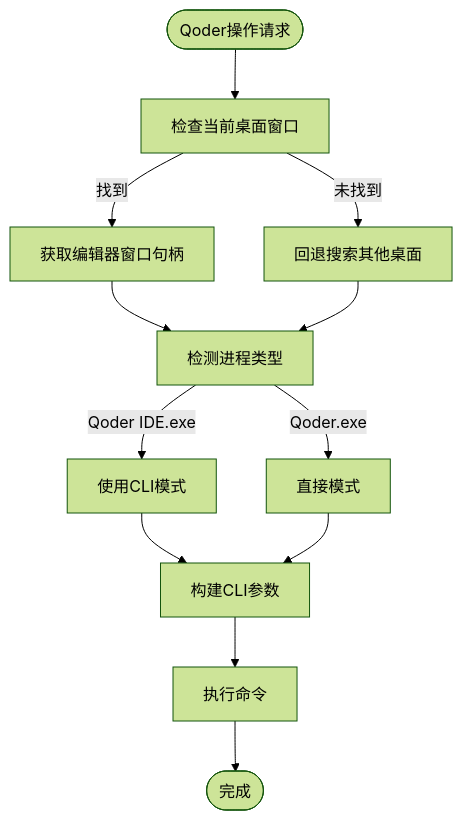
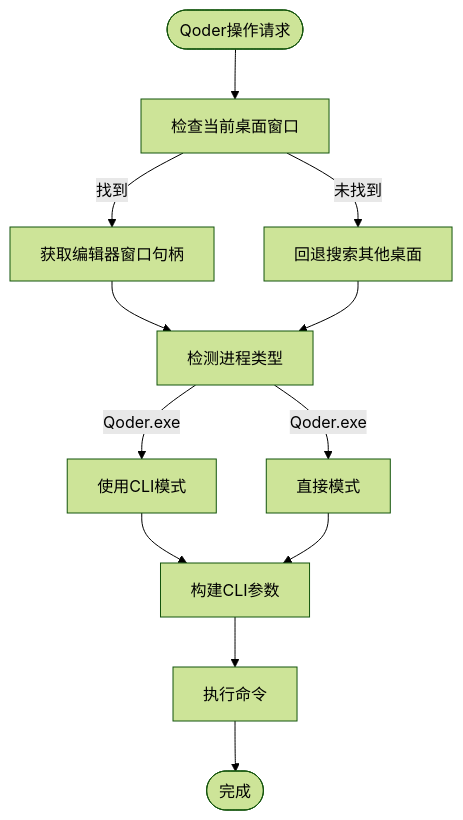
One commit to wangys-123doit/hotkey changed the seventh of 15 diagrams in .qoder/repowiki/zh/content/核心功能/热键管理系统.md. Above: the diagram before and after it, drawn with Mermaid (forest theme). The commit also changed other lines of this file and 7 other files, not shown here.

````diff
--- a/.qoder/repowiki/zh/content/核心功能/热键管理系统.md
+++ b/.qoder/repowiki/zh/content/核心功能/热键管理系统.md
@@ -265,14 +265,14 @@
 ```mermaid
 flowchart TD
 Start(["Qoder操作请求"]) --> CheckCurrentDesktop["检查当前桌面窗口"]
 CheckCurrentDesktop --> |找到| GetEditorHwnd["获取编辑器窗口句柄"]
 CheckCurrentDesktop --> |未找到| FallbackSearch["回退搜索其他桌面"]
 GetEditorHwnd --> DetectProcess["检测进程类型"]
 FallbackSearch --> DetectProcess
-DetectProcess --> |Qoder IDE.exe| UseCLIMode["使用CLI模式"]
+DetectProcess --> |Qoder.exe| UseCLIMode["使用CLI模式"]
 DetectProcess --> |Qoder.exe| DirectMode["直接模式"]
 UseCLIMode --> BuildArgs["构建CLI参数"]
 DirectMode --> BuildArgs
 BuildArgs --> ExecuteCommand["执行命令"]
 ExecuteCommand --> End(["完成"])
 ```
````
